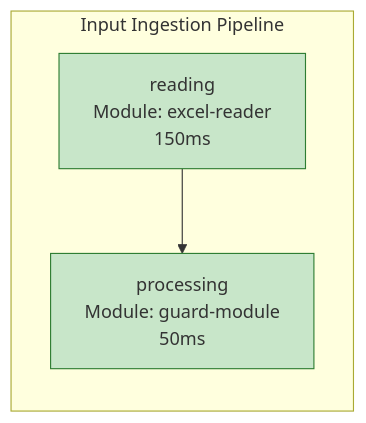
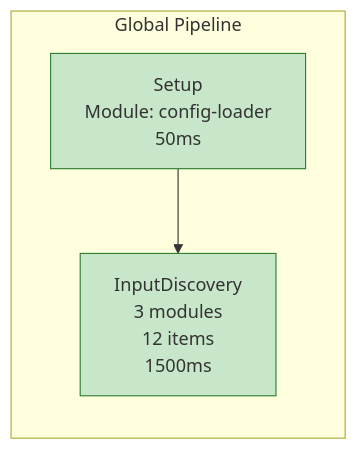
Before and after one commit to gbaudrit/context-compiler: the second of 2 diagrams in src/Features/Reports/Modules/ContextCompiler.Reports.Modules.Pipelines.Mermaid/README.md, drawn with Mermaid. The commit also changed other lines of this file and 40 other files, not shown here.

````diff
--- a/src/Features/Reports/Modules/ContextCompiler.Reports.Modules.Pipelines.Mermaid/README.md
+++ b/src/Features/Reports/Modules/ContextCompiler.Reports.Modules.Pipelines.Mermaid/README.md
@@ -33,9 +281,9 @@
 ```mermaid
 graph LR
-    subgraph doc_pipeline[Input Ingestion Pipeline]
-        doc_pipeline_reading[reading<br/>Module: excel-reader<br/>150ms]
-        style doc_pipeline_reading fill:#c8e6c9,stroke:#2e7d32
-        doc_pipeline_reading --> doc_pipeline_processing[processing<br/>Module: guard-module<br/>50ms]
-        style doc_pipeline_processing fill:#c8e6c9,stroke:#2e7d32
+    subgraph global_pipeline[Global Pipeline]
+        global_pipeline_Setup[Setup<br/>Module: config-loader<br/>50ms]
+        style global_pipeline_Setup fill:#c8e6c9,stroke:#2e7d32
+        global_pipeline_Setup --> global_pipeline_InputDiscovery[InputDiscovery<br/>3 modules<br/>12 items<br/>1500ms]
+        style global_pipeline_InputDiscovery fill:#c8e6c9,stroke:#2e7d32
     end
 ```
````
